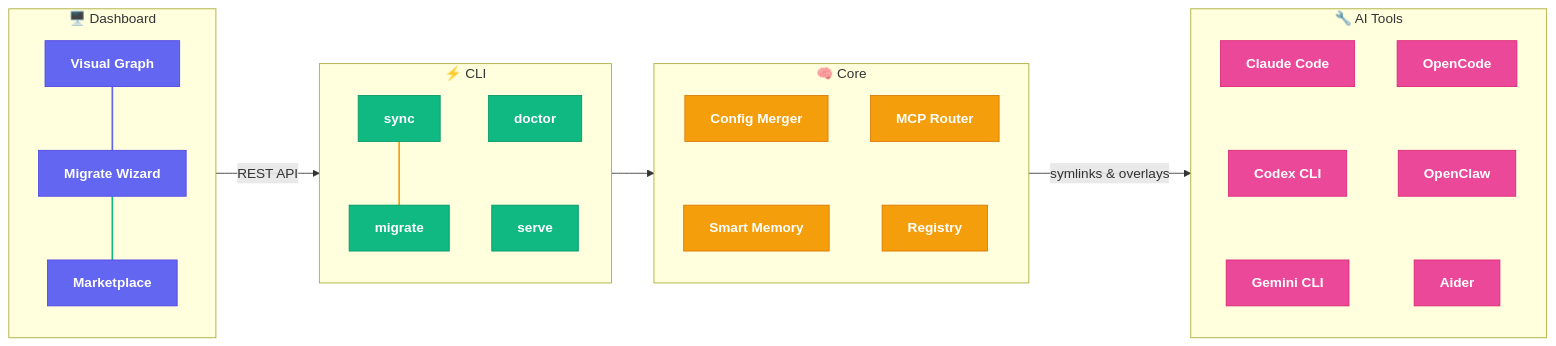
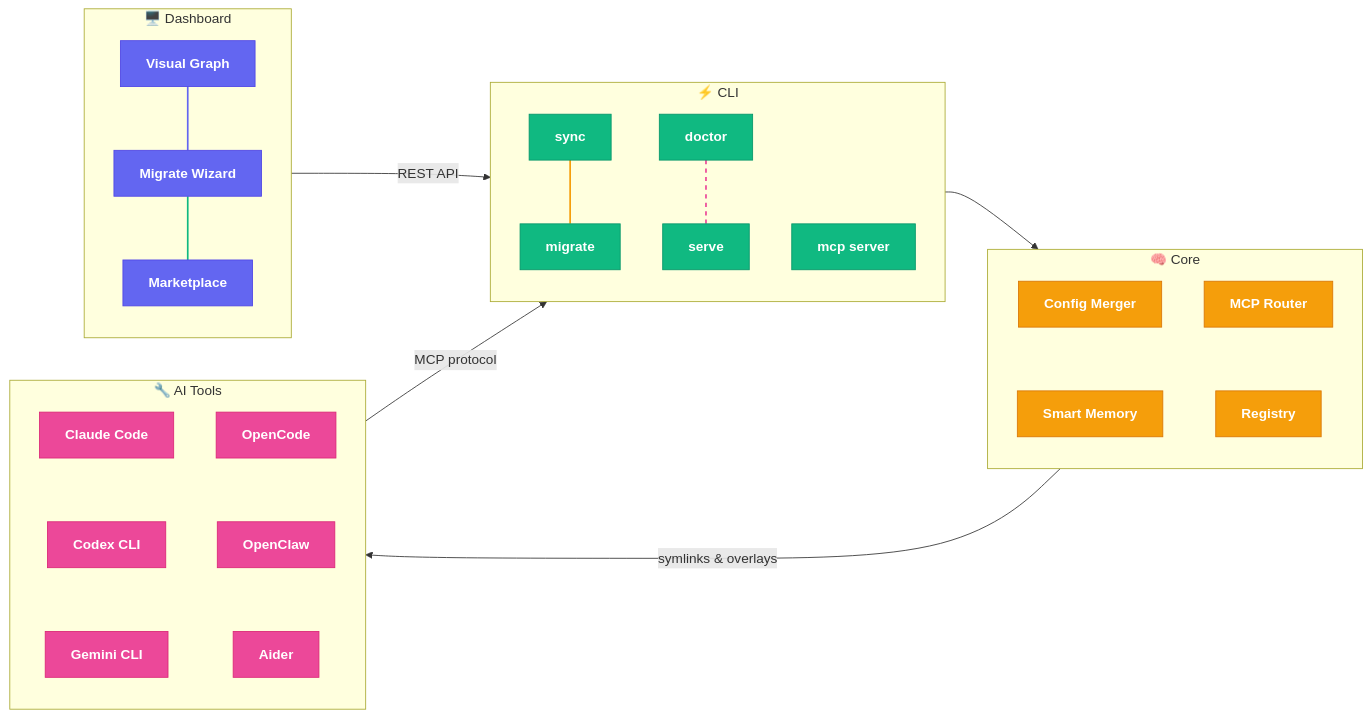
One commit to bytemines/mycelium changed the diagram in README.md. Above: the diagram before and after it, drawn with Mermaid. The commit also changed other lines of this file and 27 other files, not shown here.

First line of the commit message:
feat: expose Mycelium as MCP server with self-registration across all tools

````diff
--- a/README.md
+++ b/README.md
@@ -23,43 +23,46 @@
 ```mermaid
 graph LR
     subgraph Dashboard["🖥️ Dashboard"]
         direction TB
         Graph["Visual Graph"] ~~~ Wizard["Migrate Wizard"] ~~~ Browser["Marketplace"]
     end
 
     subgraph CLI["⚡ CLI"]
         direction TB
         Sync["sync"] ~~~ Migrate["migrate"]
         Doctor["doctor"] ~~~ Serve["serve"]
+        MCP["mcp server"]
     end
 
     subgraph Core["🧠 Core"]
         direction TB
         Merger["Config Merger"] ~~~ Memory["Smart Memory"]
         Router["MCP Router"] ~~~ Registry["Registry"]
     end
 
     subgraph Tools["🔧 AI Tools"]
         direction TB
         CC["Claude Code"] ~~~ CX["Codex CLI"] ~~~ GM["Gemini CLI"]
         OC["OpenCode"] ~~~ OW["OpenClaw"] ~~~ AI["Aider"]
     end
 
     Dashboard -- REST API --> CLI
     CLI --> Core
     Core -- symlinks & overlays --> Tools
+    Tools -- MCP protocol --> CLI
 
     classDef dashboard fill:#6366f1,stroke:#4f46e5,color:#fff,font-weight:bold
     classDef cli fill:#10b981,stroke:#059669,color:#fff,font-weight:bold
     classDef core fill:#f59e0b,stroke:#d97706,color:#fff,font-weight:bold
     classDef tools fill:#ec4899,stroke:#db2777,color:#fff,font-weight:bold
 
     class Graph,Wizard,Browser dashboard
-    class Sync,Doctor,Migrate,Serve cli
+    class Sync,Doctor,Migrate,Serve,MCP cli
     class Merger,Memory,Router,Registry core
     class CC,CX,GM,OC,OW,AI tools
 
     linkStyle 0 stroke:#6366f1,stroke-width:2px
     linkStyle 1 stroke:#10b981,stroke-width:2px
     linkStyle 2 stroke:#f59e0b,stroke-width:2px
+    linkStyle 3 stroke:#ec4899,stroke-width:2px,stroke-dasharray:5
 ```
````
